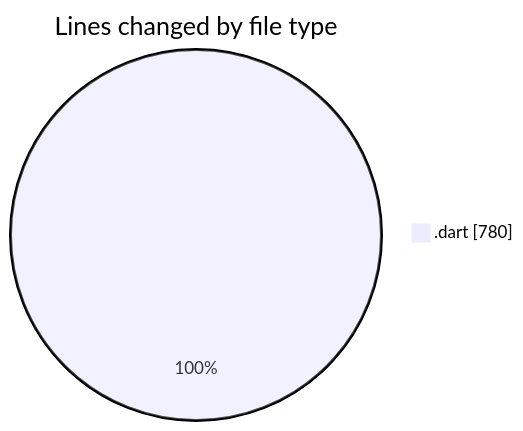
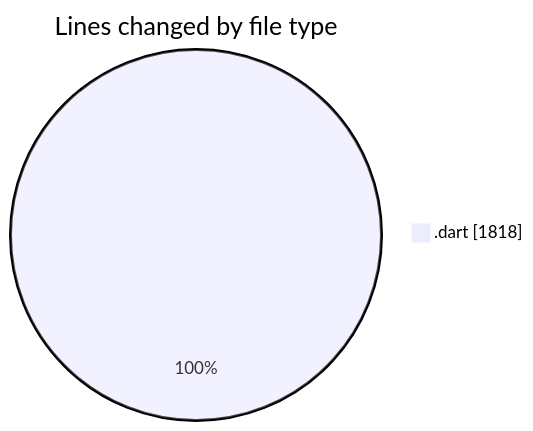
The first of 2 diagrams in 2025-08-16/studybuddy/README.md (lephambinh05/code-tracking), drawn with Mermaid before and after one commit. The commit also changed other lines of this file and 1 other file, not shown here.

````diff
--- a/2025-08-16/studybuddy/README.md
+++ b/2025-08-16/studybuddy/README.md
@@ -20,5 +23,5 @@
 ```mermaid
 pie showData
 title Lines changed by file type
-".dart" : 780
+".dart" : 1818
 ```
````
